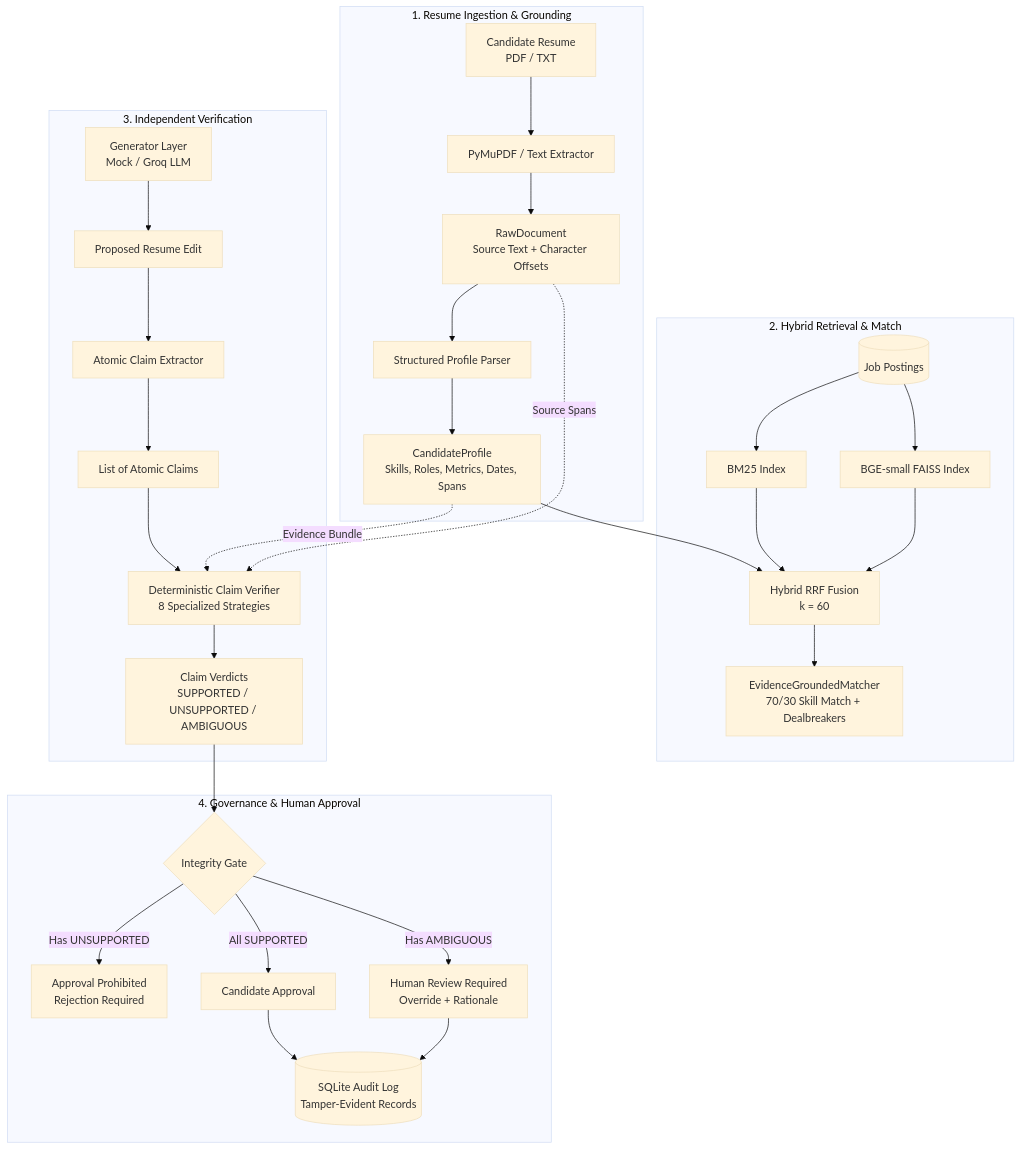
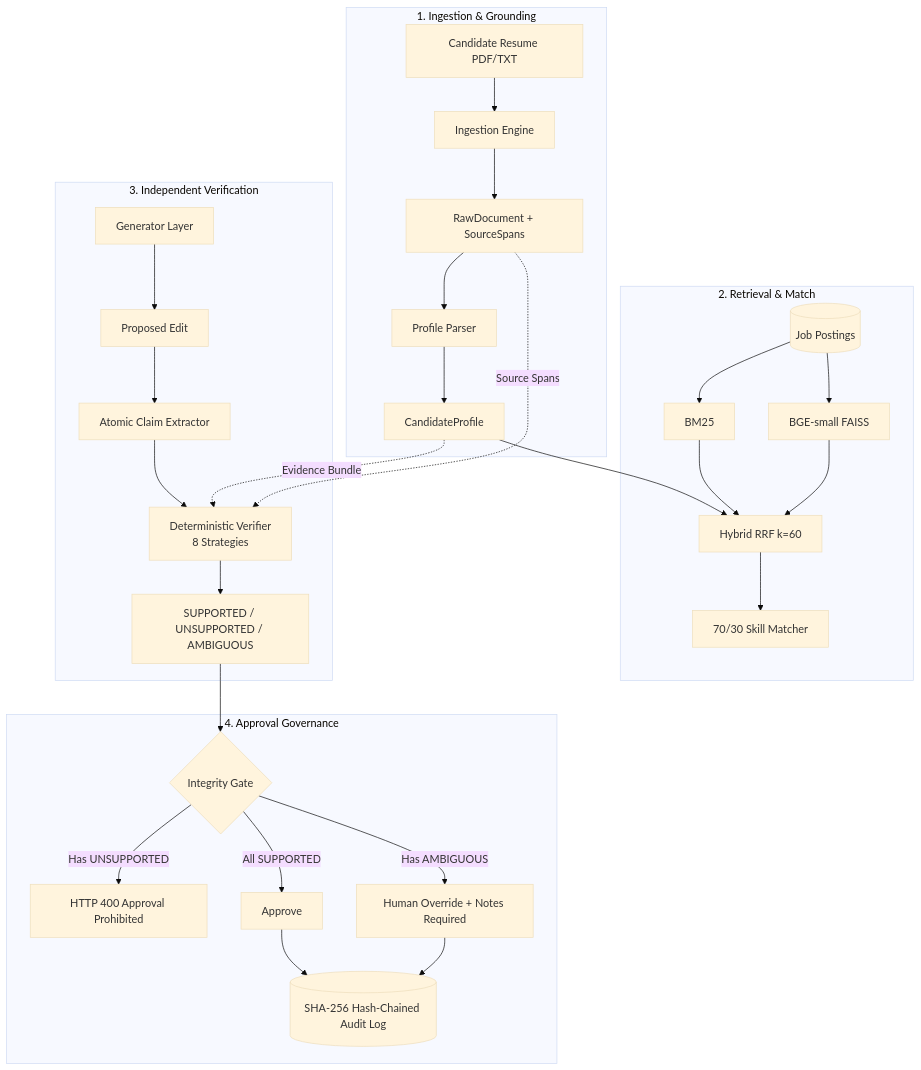
The diagram in README.md (susanchandra/Never-Invent), drawn with Mermaid (base theme) before and after one commit. The commit also changed other lines of this file and 1 other file, not shown here.

````diff
--- a/README.md
+++ b/README.md
@@ -49,35 +37,33 @@
 ```mermaid
 flowchart TD
-    subgraph Input["1. Resume Ingestion & Grounding"]
-        Resume[Candidate Resume\nPDF / TXT] --> Ingest[PyMuPDF / Text Extractor]
-        Ingest --> RawDoc[RawDocument\nSource Text + Character Offsets]
-        RawDoc --> Parser[Structured Profile Parser]
-        Parser --> Profile[CandidateProfile\nSkills, Roles, Metrics, Dates, Spans]
+    subgraph Input["1. Ingestion & Grounding"]
+        Resume[Candidate Resume PDF/TXT] --> Ingest[Ingestion Engine]
+        Ingest --> RawDoc[RawDocument + SourceSpans]
+        RawDoc --> Parser[Profile Parser]
+        Parser --> Profile[CandidateProfile]
     end
 
-    subgraph Retrieval["2. Hybrid Retrieval & Match"]
-        JobCorpus[(Job Postings)] --> BM25[BM25 Index]
-        JobCorpus --> Dense[BGE-small FAISS Index]
-        Profile --> HybridFusion[Hybrid RRF Fusion\nk = 60]
-        BM25 & Dense --> HybridFusion
-        HybridFusion --> Matcher[EvidenceGroundedMatcher\n70/30 Skill Match + Dealbreakers]
+    subgraph Retrieval["2. Retrieval & Match"]
+        JobCorpus[(Job Postings)] --> BM25[BM25] & Dense[BGE-small FAISS]
+        Profile --> RRF[Hybrid RRF k=60]
+        BM25 & Dense --> RRF
+        RRF --> Matcher[70/30 Skill Matcher]
     end
 
-    subgraph GenerationVerification["3. Independent Verification"]
-        Generator[Generator Layer\nMock / Groq LLM] --> Proposed[Proposed Resume Edit]
-        Proposed --> Extractor[Atomic Claim Extractor]
-        Extractor --> Claims[List of Atomic Claims]
-        Claims --> Verifier[Deterministic Claim Verifier\n8 Specialized Strategies]
+    subgraph Verification["3. Independent Verification"]
+        Generator[Generator Layer] --> Proposal[Proposed Edit]
+        Proposal --> Extractor[Atomic Claim Extractor]
+        Extractor --> Verifier[Deterministic Verifier\n8 Strategies]
         Profile -.->|Evidence Bundle| Verifier
         RawDoc -.->|Source Spans| Verifier
-        Verifier --> Verdicts[Claim Verdicts\nSUPPORTED / UNSUPPORTED / AMBIGUOUS]
+        Verifier --> Verdicts[SUPPORTED / UNSUPPORTED / AMBIGUOUS]
     end
 
-    subgraph Governance["4. Governance & Human Approval"]
+    subgraph Governance["4. Approval Governance"]
         Verdicts --> Gate{Integrity Gate}
-        Gate -- Has UNSUPPORTED --> Blocked[Approval Prohibited\nRejection Required]
-        Gate -- Has AMBIGUOUS --> Review[Human Review Required\nOverride + Rationale]
-        Gate -- All SUPPORTED --> OK[Candidate Approval]
-        OK & Review --> AuditLog[(SQLite Audit Log\nTamper-Evident Records)]
+        Gate -- Has UNSUPPORTED --> Blocked[HTTP 400 Approval Prohibited]
+        Gate -- Has AMBIGUOUS --> Review[Human Override + Notes Required]
+        Gate -- All SUPPORTED --> OK[Approve]
+        OK & Review --> AuditLog[(SHA-256 Hash-Chained Audit Log)]
     end
 ```
````
